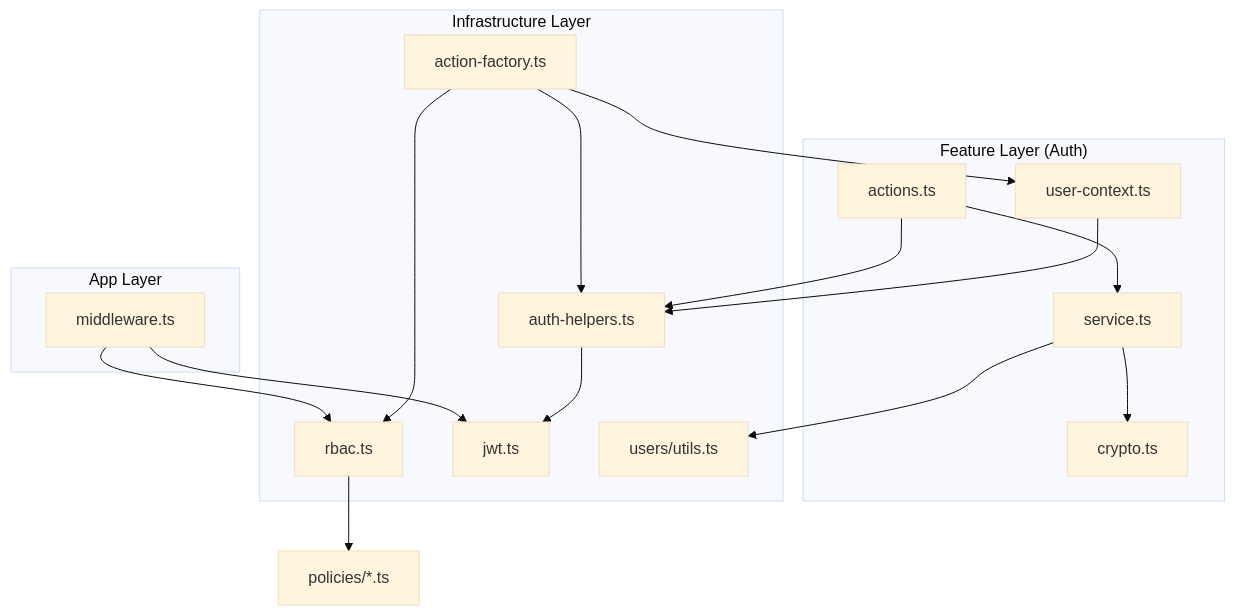
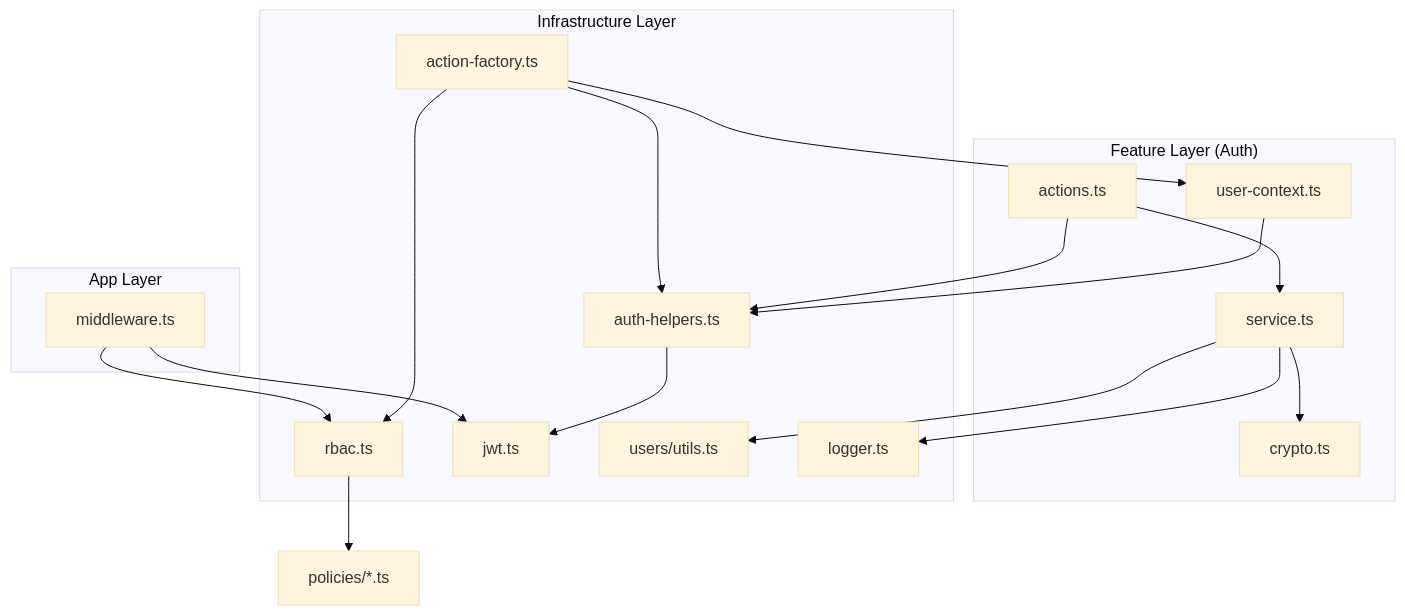
Before and after one commit to narasena/corintek_cpis: the diagram in docs/refactoring/modules/m-02-auth-middleware/DEPENDENCY_MAP.md, drawn with Mermaid (base theme). The commit also changed other lines of this file and 22 other files, not shown here.

````diff
--- a/docs/refactoring/modules/m-02-auth-middleware/DEPENDENCY_MAP.md
+++ b/docs/refactoring/modules/m-02-auth-middleware/DEPENDENCY_MAP.md
@@ -41,40 +42,42 @@
 ```mermaid
 graph TD
     subgraph "App Layer"
         MW[middleware.ts]
     end
 
     subgraph "Feature Layer (Auth)"
         ACT[actions.ts]
         SVC[service.ts]
         CRYP[crypto.ts]
         UC[user-context.ts]
     end
 
     subgraph "Infrastructure Layer"
         RBAC[rbac.ts]
         JWT[jwt.ts]
         AH[auth-helpers.ts]
         AF[action-factory.ts]
         UUTL[users/utils.ts]
+        LOG[logger.ts]
     end
 
     MW --> JWT
     MW --> RBAC
     
     ACT --> SVC
     ACT --> AH
     
     SVC --> CRYP
     SVC --> UUTL
+    SVC --> LOG
     
     UC --> AH
     
     AH --> JWT
     
     AF --> RBAC
     AF --> UC
     AF --> AH
     
     RBAC --> POL[policies/*.ts]
 ```
````
